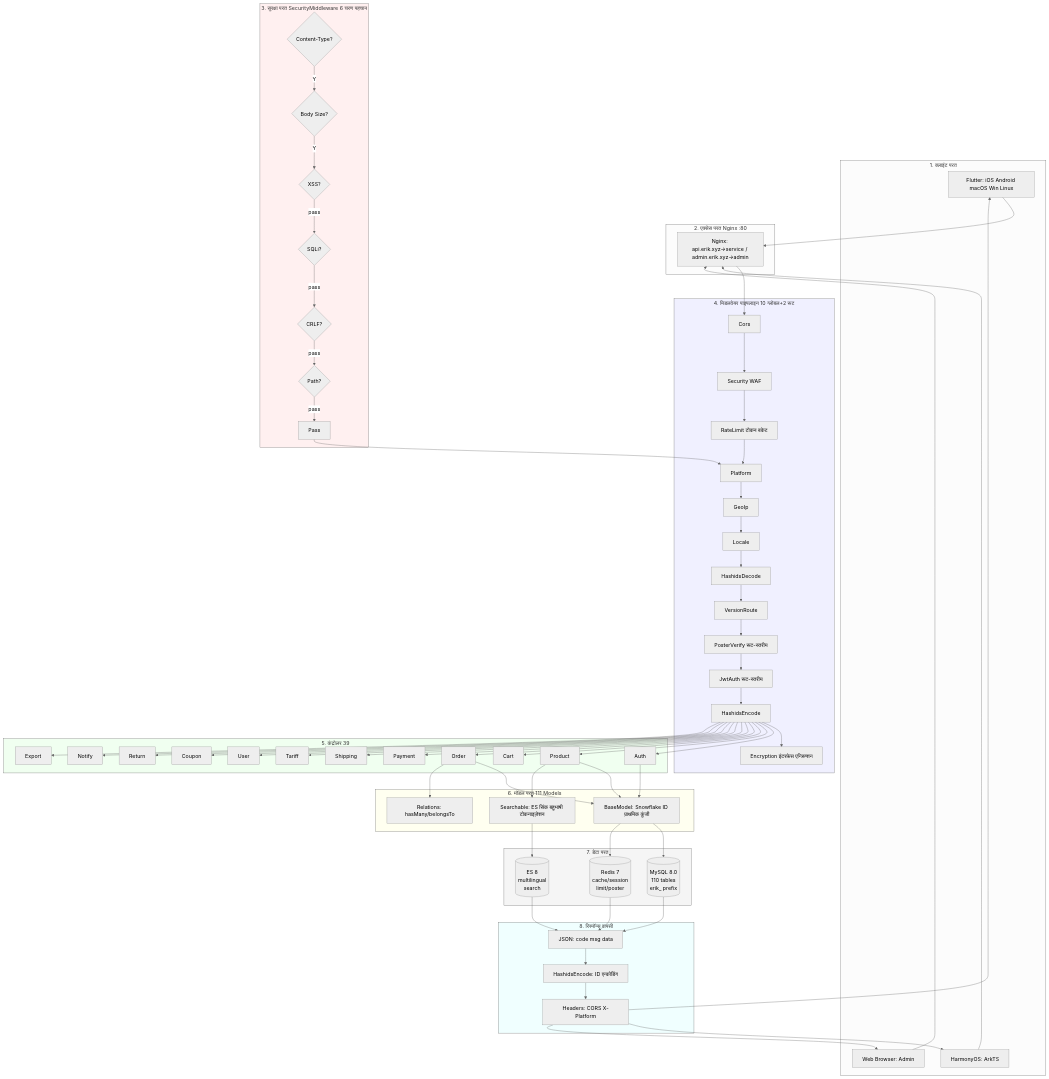
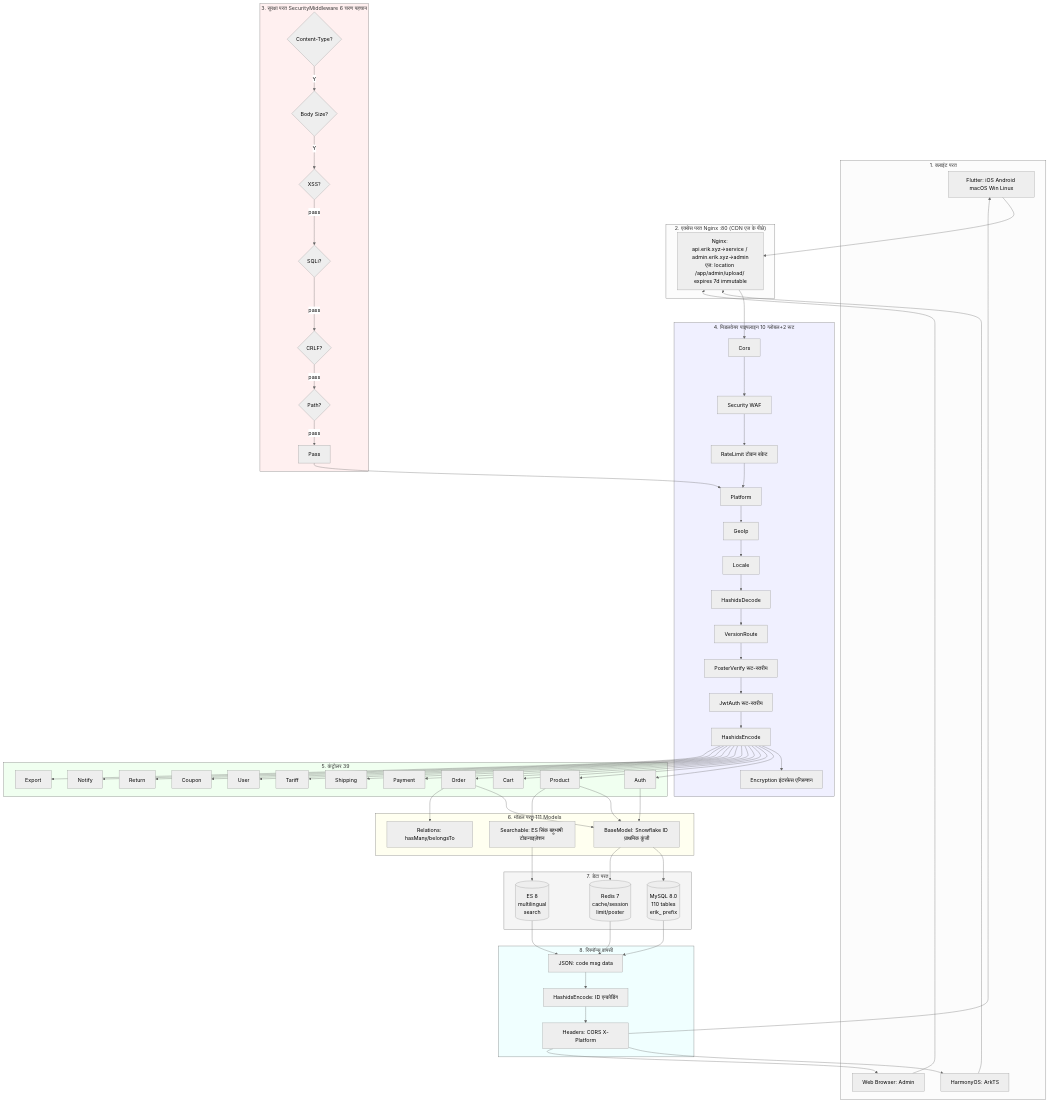
One commit to erikwang2013/erik-shop changed the second of 6 diagrams in docs/i18n/hi/architecture-full.md. Above: the diagram before and after it, drawn with Mermaid (neutral theme). The commit also changed other lines of this file and 191 other files, not shown here.

First line of the commit message:
v1.2.0：CDN 内容分发接入（Origin-Pull 回源 + 四大云厂商适配 + 管理端配置/刷新/日志 + 上传持久化 + 全文档与12语言i18n同步 + Crypto 捐赠图文入库）

````diff
--- a/docs/i18n/hi/architecture-full.md
+++ b/docs/i18n/hi/architecture-full.md
@@ -71,73 +71,73 @@
 ```mermaid
 graph TB
     subgraph Clients["1. क्लाइंट परत"]
         FL[Flutter: iOS Android macOS Win Linux]
         HM[HarmonyOS: ArkTS]
         WB[Web Browser: Admin]
     end
-    subgraph Gateway["2. एक्सेस परत Nginx :80"]
-        NG[Nginx: api.erik.xyz→service / admin.erik.xyz→admin]
+    subgraph Gateway["2. एक्सेस परत Nginx :80 (CDN एज के पीछे)"]
+        NG[Nginx: api.erik.xyz→service / admin.erik.xyz→admin<br/>एज: location /app/admin/upload/ expires 7d immutable]
     end
     subgraph Security["3. सुरक्षा परत SecurityMiddleware 6 चरण पहचान"]
         CT{Content-Type?} -->|Y| BS{Body Size?}
         BS -->|Y| XS{XSS?}
         XS -->|pass| SQ{SQLi?}
         SQ -->|pass| CR{CRLF?}
         CR -->|pass| PT{Path?}
         PT -->|pass| PASS[Pass]
     end
     subgraph Pipeline["4. मिडलवेयर पाइपलाइन 10 ग्लोबल+2 रूट"]
         CORS[Cors] --> SEC[Security WAF]
         SEC --> RATE[RateLimit टोकन बकेट]
         RATE --> PLAT[Platform]
         PLAT --> GEO[GeoIp]
         GEO --> LOC[Locale]
         LOC --> HDEC[HashidsDecode]
         HDEC --> VER[VersionRoute]
         VER --> POSTV[PosterVerify रूट-स्तरीय]
         POSTV --> JWT[JwtAuth रूट-स्तरीय]
         JWT --> HENC[HashidsEncode]
         HENC --> ENC[Encryption इंटरफ़ेस एन्क्रिप्शन]
     end
     subgraph Controllers["5. कंट्रोलर 39"]
         AUTH[Auth] & PROD[Product] & CART[Cart]
         ORD[Order] & PAY[Payment] & SHIP[Shipping]
         TARI[Tariff] & USER[User] & COUP[Coupon]
         RET[Return] & NOTI[Notify] & EXPORT[Export]
     end
     subgraph Models["6. मॉडल परत 111 Models"]
         BM[BaseModel: Snowflake ID प्राथमिक कुंजी]
         REL[Relations: hasMany/belongsTo]
         SRCH[Searchable: ES सिंक बहुभाषी टोकनाइज़ेशन]
     end
     subgraph Data["7. डेटा परत"]
         MySQL[(MySQL 8.0<br/>110 tables<br/>erik_ prefix)]
         Redis[(Redis 7<br/>cache/session<br/>limit/poster)]
         ES[(ES 8<br/>multilingual<br/>search)]
     end
     subgraph Response["8. रिस्पॉन्स वापसी"]
         JSON[JSON: code msg data]
         OUTENC[HashidsEncode: ID एन्कोडिंग]
         HEADERS[Headers: CORS X-Platform]
     end
 
     FL & HM & WB --> NG
     NG --> CORS
     PASS --> PLAT
     HENC --> AUTH & PROD & CART & ORD & PAY & SHIP & TARI & USER & COUP & RET & NOTI & EXPORT
     AUTH & PROD & ORD --> BM
     ORD --> REL
     PROD --> SRCH
     BM --> MySQL & Redis
     SRCH --> ES
     MySQL & Redis & ES --> JSON
     JSON --> OUTENC --> HEADERS
     HEADERS --> FL & HM & WB
 
     style Security fill:#fff0f0
     style Pipeline fill:#f0f0ff
     style Controllers fill:#f0fff0
     style Models fill:#fffff0
     style Data fill:#f5f5f5
     style Response fill:#f0ffff
 ```
````
